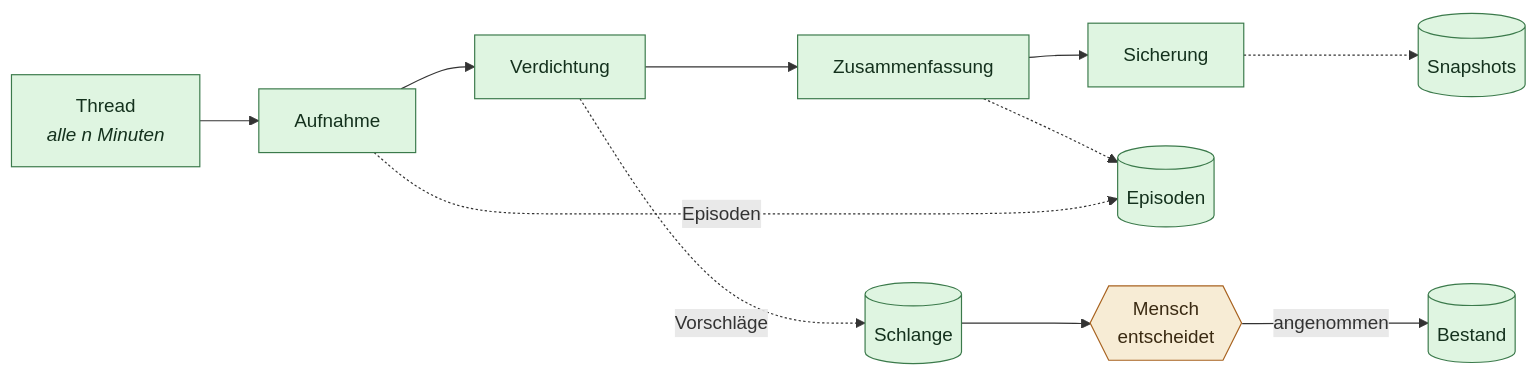
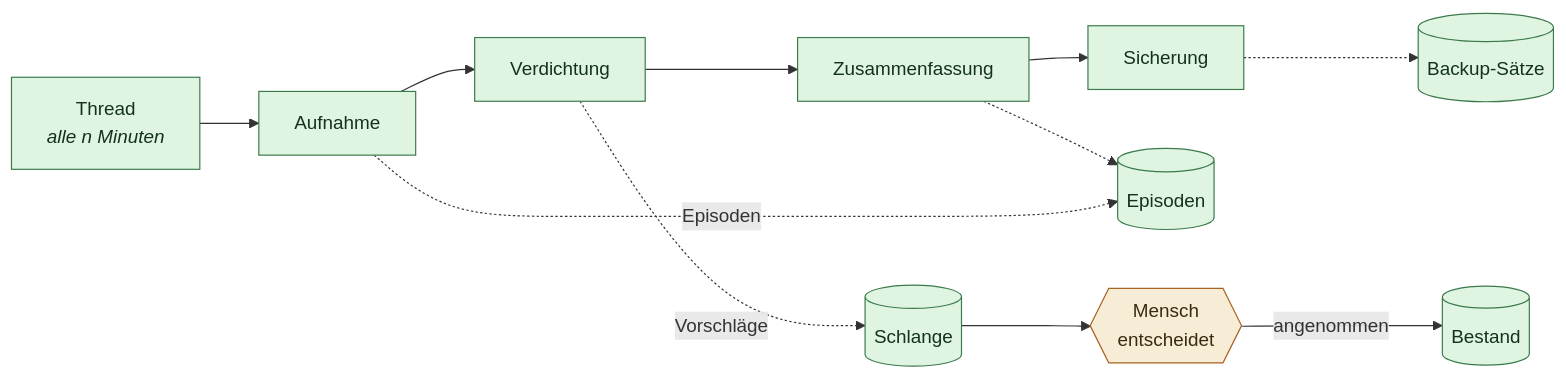
One commit to Icarus-health/Icarus changed the diagram in docs/11-zeitplan.md. Above: the diagram before and after it, drawn with Mermaid. The commit also changed other lines of this file and 14 other files, not shown here.

Commit message:
Foundation: Vollständige Backup- und Restore-Sätze

````diff
--- a/docs/11-zeitplan.md
+++ b/docs/11-zeitplan.md
@@ -39,15 +39,15 @@
 ```mermaid
 flowchart LR
     T["Thread<br/><i>alle n Minuten</i>"] --> A["Aufnahme"] --> V["Verdichtung"] --> Z["Zusammenfassung"] --> S["Sicherung"]
     Z -.-> E
     A -.->|"Episoden"| E[("Episoden")]
     V -.->|"Vorschläge"| P[("Schlange")]
-    S -.-> B[("Snapshots")]
+    S -.-> B[("Backup-Sätze")]
     P --> M{{"Mensch<br/>entscheidet"}}
     M -->|"angenommen"| R[("Bestand")]
 
     classDef built fill:#dff5e1,stroke:#3b7a4b,color:#14311d
     classDef gate fill:#f7ecd5,stroke:#a8621f,color:#3a2a12
     class T,A,V,Z,S,E,P,B,R built
     class M gate
 ```
````
